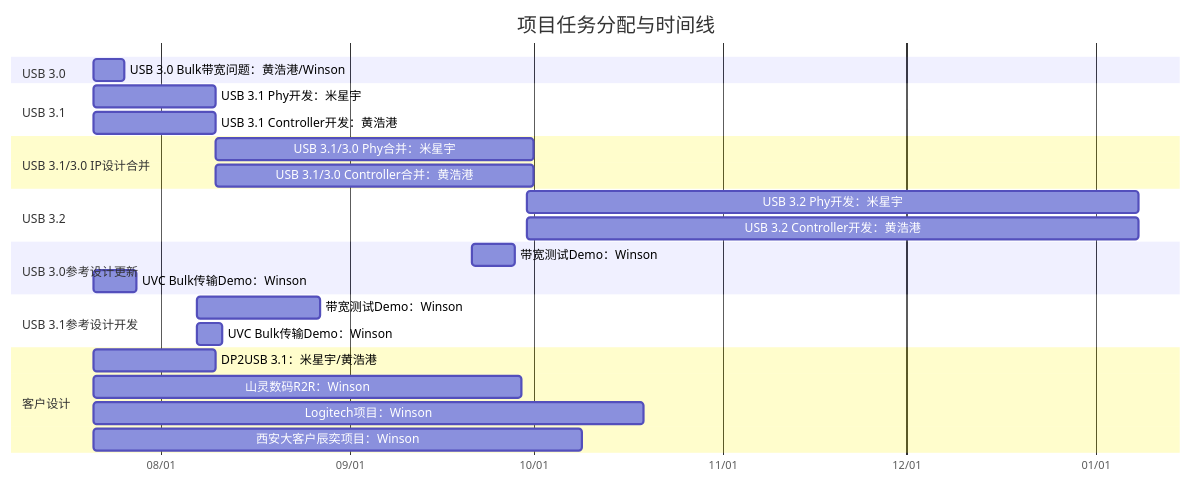
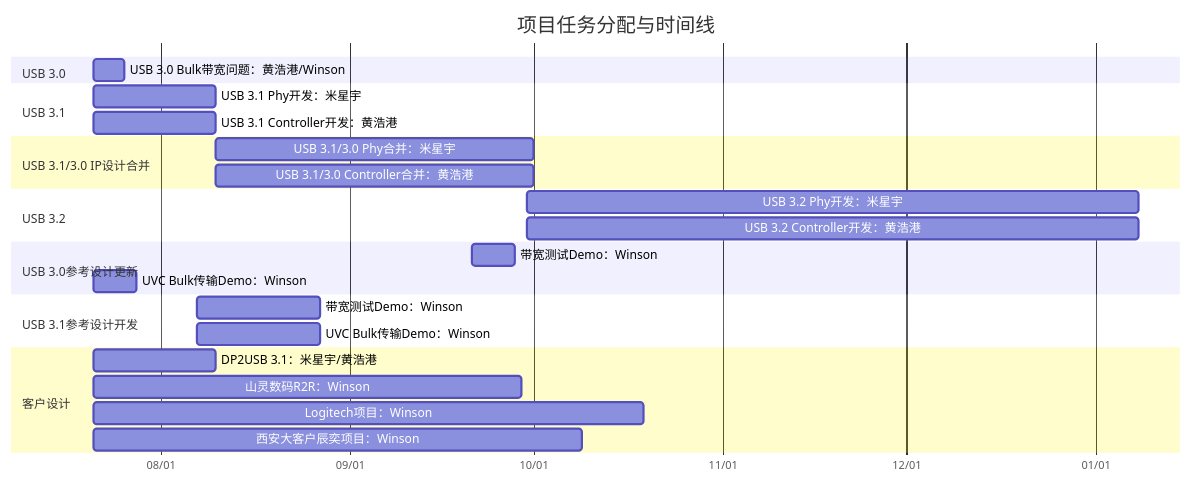
Before and after one commit to winsonbook/iodraw-files: the diagram in all/未命名.md, drawn with Mermaid.

Commit message:
2025-07-21 10:15:01 update

````diff
--- a/all/未命名.md
+++ b/all/未命名.md
@@ -1,35 +1,35 @@
 ```mermaid
 gantt
     title 项目任务分配与时间线
     dateFormat  YYYY-MM-DD
     axisFormat  %m/%d
 
     section USB 3.0
     USB 3.0 Bulk带宽问题：黄浩港/Winson   :    task1, 2025-07-21, 5d
 
     section USB 3.1
     USB 3.1 Phy开发：米星宇      :         task2, 2025-07-21, 20d
     USB 3.1 Controller开发：黄浩港      :  task3, 2025-07-21, 20d
 
     section USB 3.1/3.0 IP设计合并
     USB 3.1/3.0 Phy合并：米星宇       :    task4, 2025-08-10, 52d
     USB 3.1/3.0 Controller合并：黄浩港:    task5, 2025-08-10, 52d
 
     section USB 3.2
     USB 3.2 Phy开发：米星宇      :         task2, 2025-09-30, 100d
     USB 3.2 Controller开发：黄浩港      :  task3, 2025-09-30, 100d
 
     section USB 3.0参考设计更新
     带宽测试Demo：Winson       :         task6, 2025-09-21, 7d
     UVC Bulk传输Demo：Winson   :        task7, 2025-07-21, 7d
 
     section USB 3.1参考设计开发
     带宽测试Demo：Winson       :         task8, 2025-08-07, 20d
-    UVC Bulk传输Demo：Winson   :         task9, 2025-08-07, 4d
+    UVC Bulk传输Demo：Winson   :         task9, 2025-08-07, 20d
 
     section 客户设计
     DP2USB 3.1：米星宇/黄浩港      :task10, 2025-07-21, 20d
     山灵数码R2R：Winson :             task11, 2025-07-21, 70d
     Logitech项目：Winson :            task12, 2025-07-21, 90d
     西安大客户辰奕项目：Winson :       task13, 2025-07-21, 80d
 ```
````
